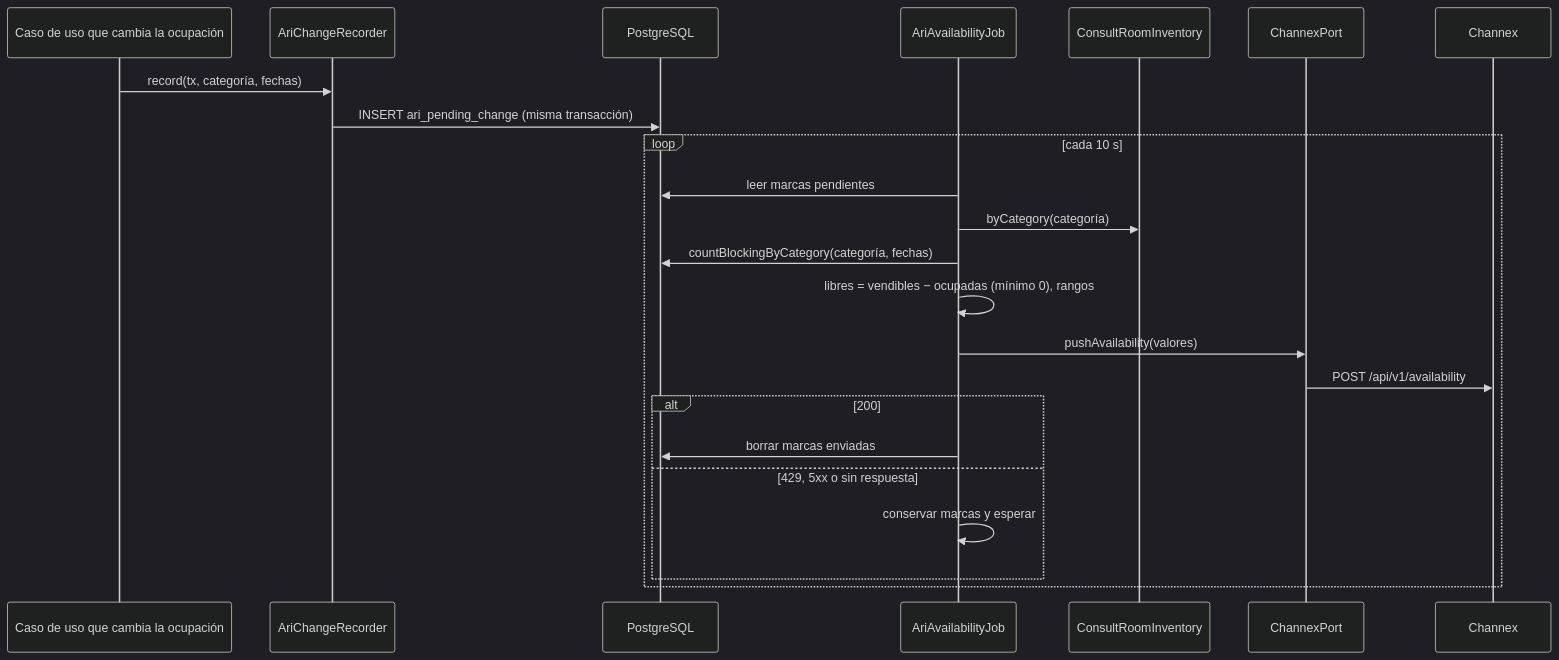
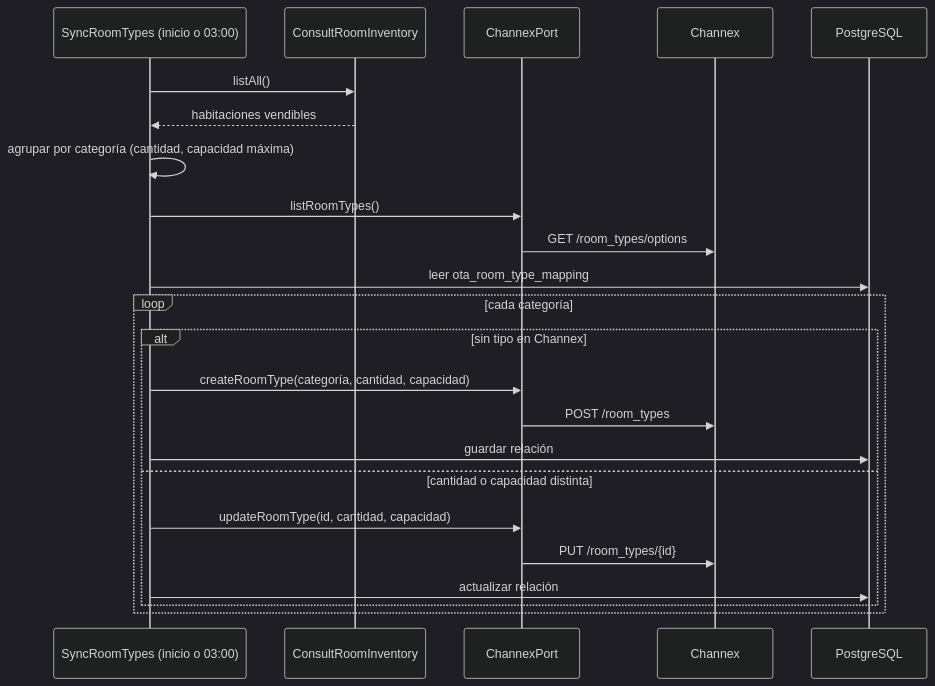
The first of 2 diagrams in specs/configure-ota/plan.md (Lapicero312-lapi/HOSPITUA-MOD-2), drawn with Mermaid (dark theme) before and after one commit. The commit also changed other lines of this file and 1 other file, not shown here.

Commit message:
docs(specs): Configurar OTA crea los tipos de habitación desde el Módulo 1; las tarifas pasan al Módulo 3

````diff
--- a/specs/configure-ota/plan.md
+++ b/specs/configure-ota/plan.md
@@ -197,26 +228,26 @@
 ```mermaid
 sequenceDiagram
-    participant X as Caso de uso que cambia la ocupación
-    participant R as AriChangeRecorder
-    participant DB as PostgreSQL
-    participant J as AriAvailabilityJob
+    participant J as SyncRoomTypes (inicio o 03:00)
     participant I as ConsultRoomInventory
     participant P as ChannexPort
     participant CX as Channex
+    participant DB as PostgreSQL
 
-    X->>R: record(tx, categoría, fechas)
-    R->>DB: INSERT ari_pending_change (misma transacción)
-    loop cada 10 s
-        J->>DB: leer marcas pendientes
-        J->>I: byCategory(categoría)
-        J->>DB: countBlockingByCategory(categoría, fechas)
-        J->>J: libres = vendibles − ocupadas (mínimo 0), rangos
-        J->>P: pushAvailability(valores)
-        P->>CX: POST /api/v1/availability
-        alt 200
-            J->>DB: borrar marcas enviadas
-        else 429, 5xx o sin respuesta
-            J->>J: conservar marcas y esperar
+    J->>I: listAll()
+    I-->>J: habitaciones vendibles
+    J->>J: agrupar por categoría (cantidad, capacidad máxima)
+    J->>P: listRoomTypes()
+    P->>CX: GET /room_types/options
+    J->>DB: leer ota_room_type_mapping
+    loop cada categoría
+        alt sin tipo en Channex
+            J->>P: createRoomType(categoría, cantidad, capacidad)
+            P->>CX: POST /room_types
+            J->>DB: guardar relación
+        else cantidad o capacidad distinta
+            J->>P: updateRoomType(id, cantidad, capacidad)
+            P->>CX: PUT /room_types/{id}
+            J->>DB: actualizar relación
         end
     end
 ```
````
